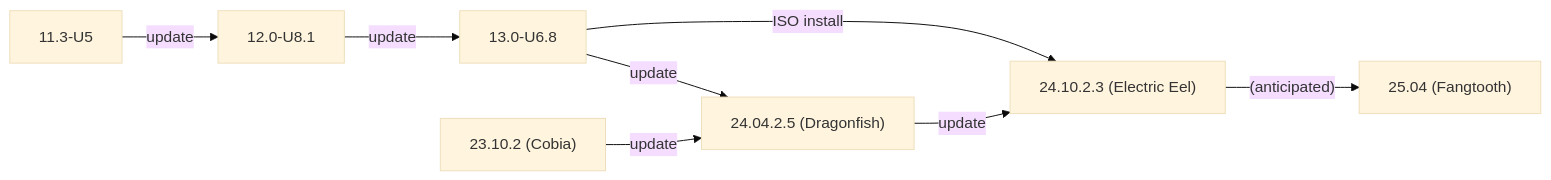
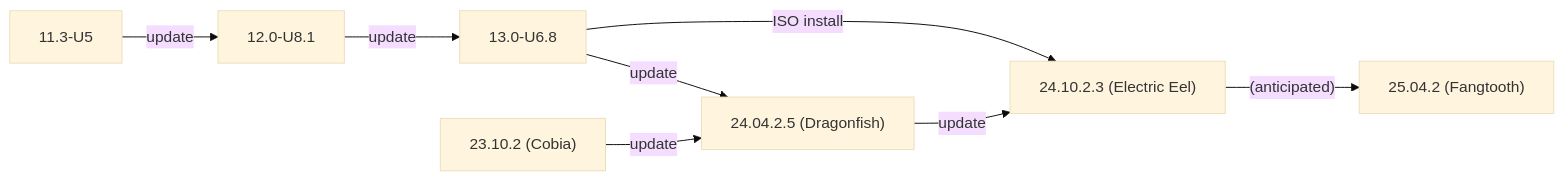
Before and after one commit to truenas/documentation: the second of 2 diagrams in static/includes/SCALEUpgradePaths.md, drawn with Mermaid (base theme). The commit also changed other lines of this file, not shown here.

Commit message:
PD-1996 Update Mermaid Chart
This commit updates the mermaid charts in Master for 25.10

```diff
--- a/static/includes/SCALEUpgradePaths.md
+++ b/static/includes/SCALEUpgradePaths.md
@@ -87,11 +87,11 @@
           {{< mermaid class="mermaid_sizing" >}}
           flowchart LR
             A["11.3-U5"] -->|update| B
             B["12.0-U8.1"] -->|update| C
             C["13.0-U6.8"] -->|ISO install| F
             C -->|update| E
             D["23.10.2 (Cobia)"] -->|update| E
             E["24.04.2.5 (Dragonfish)"]  -->|update| F
             F["24.10.2.3 (Electric Eel)"] -->|"(anticipated)"| G
-            G["25.04 (Fangtooth)"]
+            G["25.04.2 (Fangtooth)"]
           {{< /mermaid >}}
```
